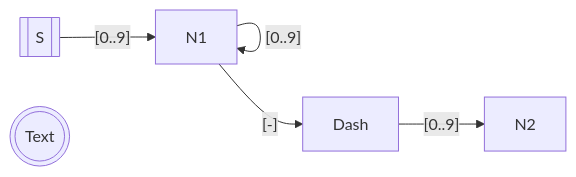
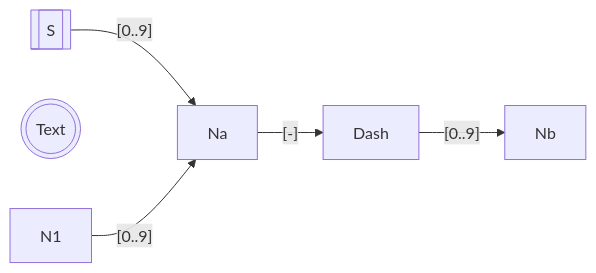
The second of 2 diagrams in rust/adventofcode-2020/day02/README.md (jepoen/screencasts), drawn with Mermaid before and after one commit.

Commit message:
test mermaid

```diff
--- a/rust/adventofcode-2020/day02/README.md
+++ b/rust/adventofcode-2020/day02/README.md
@@ -45,10 +45,10 @@
 ~~~mermaid
 flowchart LR;
 S[[S]];
 Text(((Text)));
 
-S-->|"[0..9]"|N1;
-N1-->|"[0..9]"|N1;
-N1-->|"[-]"|Dash;
-Dash-->|"[0..9]"|N2;
+S-->|"[0..9]"|Na;
+N1-->|"[0..9]"|Na;
+Na-->|"[-]"|Dash;
+Dash-->|"[0..9]"|Nb;
 ~~~
```
